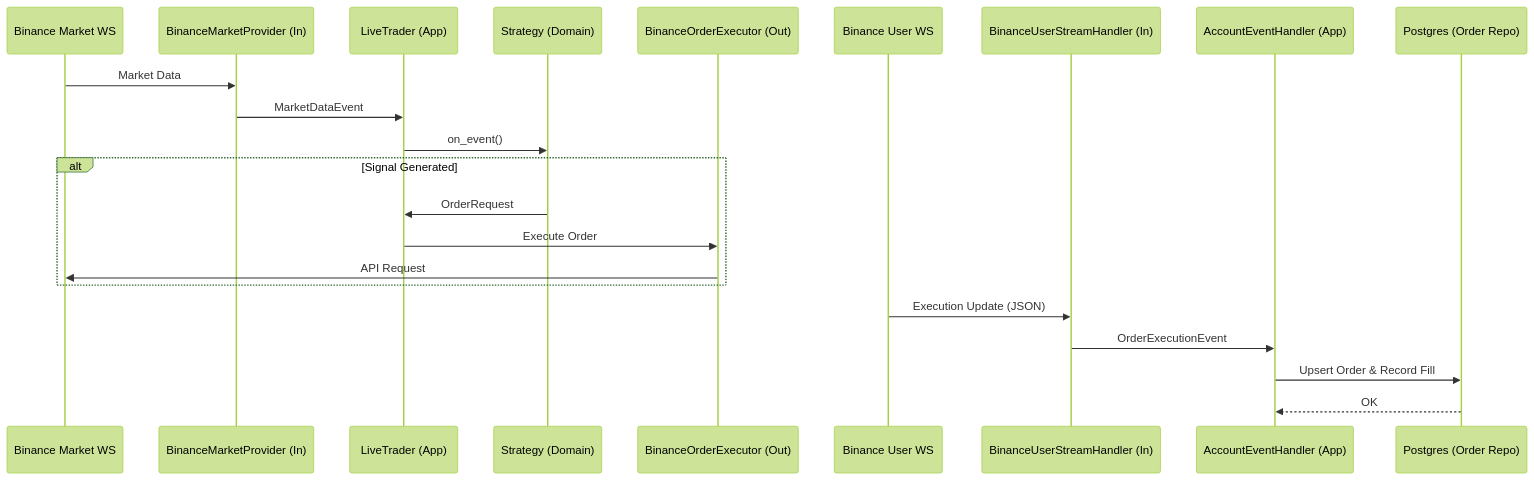
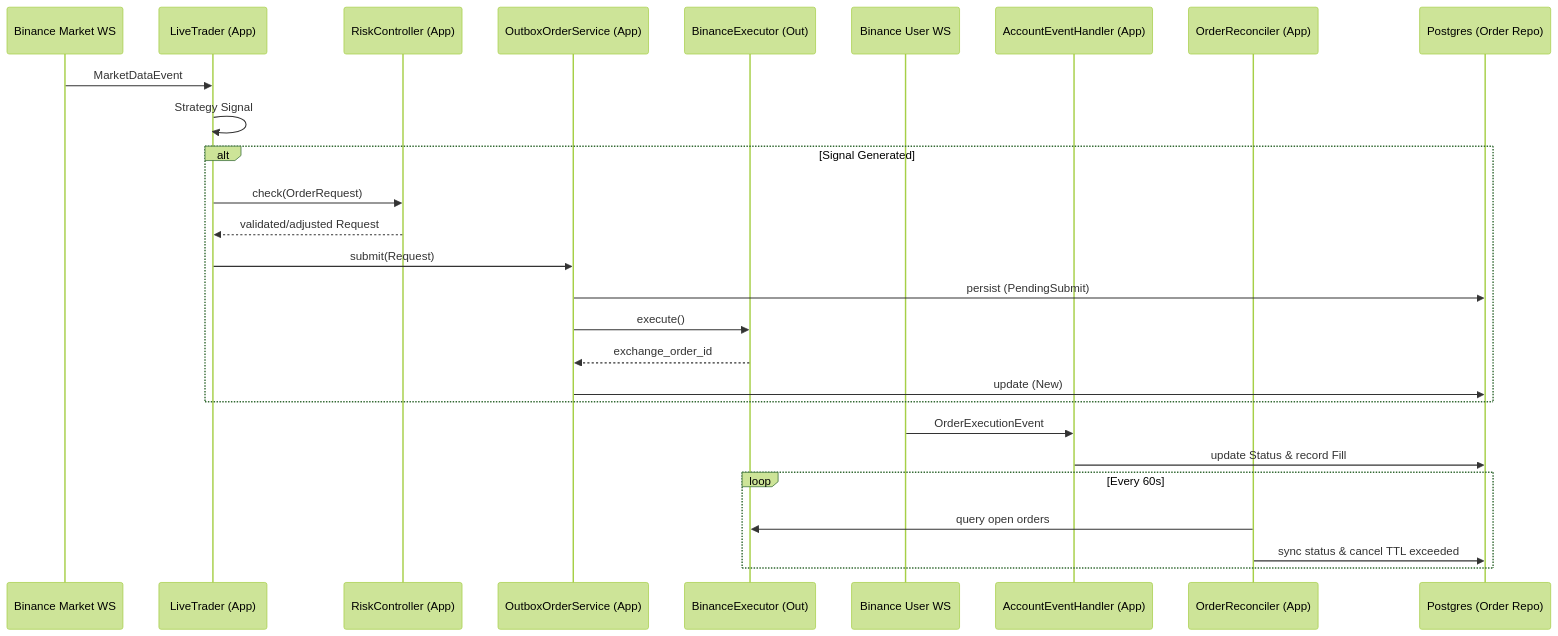
Before and after one commit to juny0955/trading-bot: the third of 3 diagrams in docs/03_data_flow.md, drawn with Mermaid (forest theme). The commit also changed other lines of this file and 4 other files, not shown here.

````diff
--- a/docs/03_data_flow.md
+++ b/docs/03_data_flow.md
@@ -77,25 +79,30 @@
 ```mermaid
 sequenceDiagram
-    participant BWS as Binance Market WS
-    participant LF as BinanceMarketProvider (In)
+    participant MWS as Binance Market WS
     participant T as LiveTrader (App)
-    participant S as Strategy (Domain)
-    participant OE as BinanceOrderExecutor (Out)
+    participant RC as RiskController (App)
+    participant OS as OutboxOrderService (App)
+    participant BE as BinanceExecutor (Out)
     participant UWS as Binance User WS
-    participant UH as BinanceUserStreamHandler (In)
-    participant AH as AccountEventHandler (App)
+    participant AEH as AccountEventHandler (App)
+    participant OR as OrderReconciler (App)
     participant DB as Postgres (Order Repo)
 
-    BWS->>LF: Market Data
-    LF->>T: MarketDataEvent
-    T->>S: on_event()
+    MWS->>T: MarketDataEvent
+    T->>T: Strategy Signal
     alt Signal Generated
-        S->>T: OrderRequest
-        T->>OE: Execute Order
-        OE->>BWS: API Request
+        T->>RC: check(OrderRequest)
+        RC-->>T: validated/adjusted Request
+        T->>OS: submit(Request)
+        OS->>DB: persist (PendingSubmit)
+        OS->>BE: execute()
+        BE-->>OS: exchange_order_id
+        OS->>DB: update (New)
     end
-    UWS->>UH: Execution Update (JSON)
-    UH->>AH: OrderExecutionEvent
-    AH->>DB: Upsert Order & Record Fill
-    DB-->>AH: OK
+    UWS->>AEH: OrderExecutionEvent
+    AEH->>DB: update Status & record Fill
+    loop Every 60s
+        OR->>BE: query open orders
+        OR->>DB: sync status & cancel TTL exceeded
+    end
 ```
````
